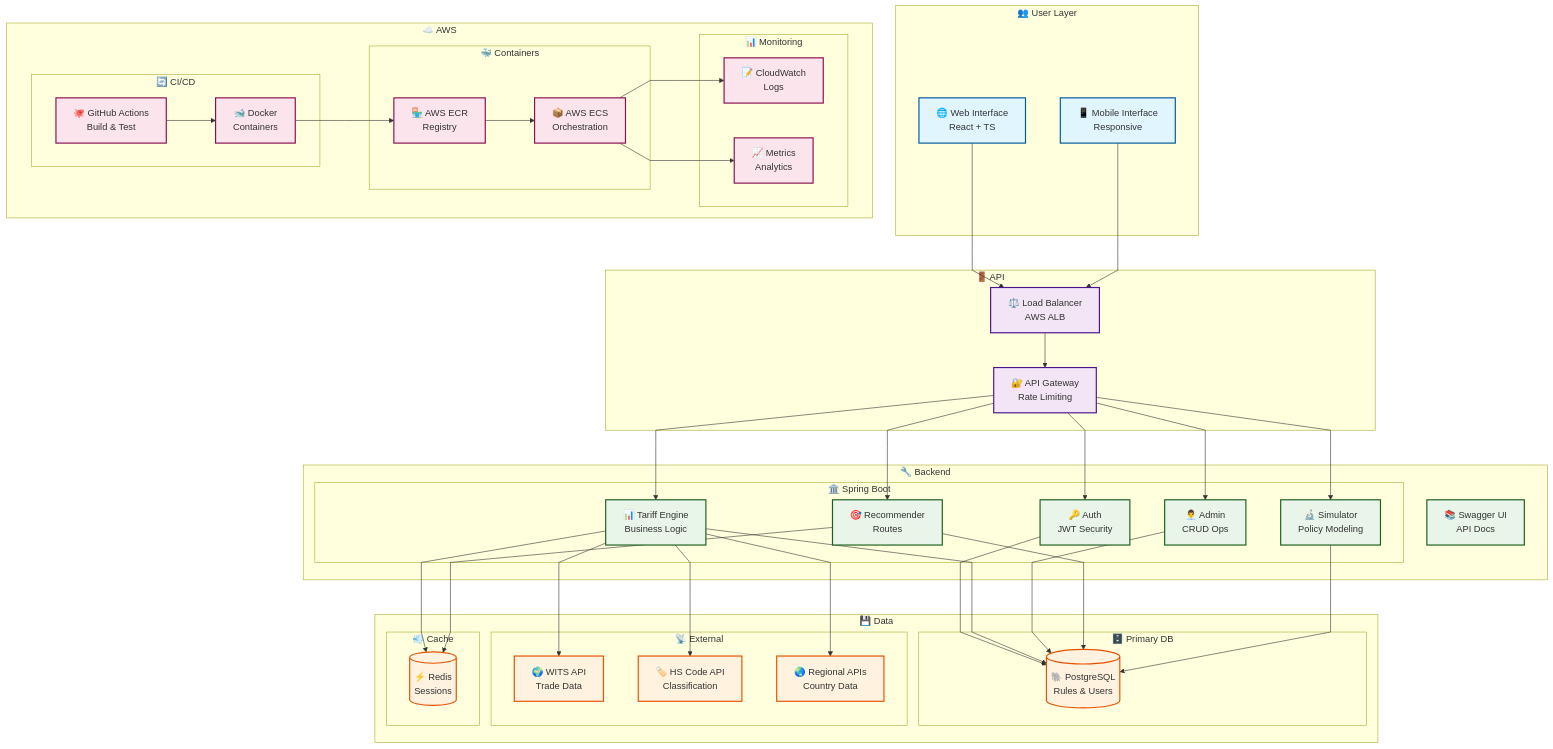
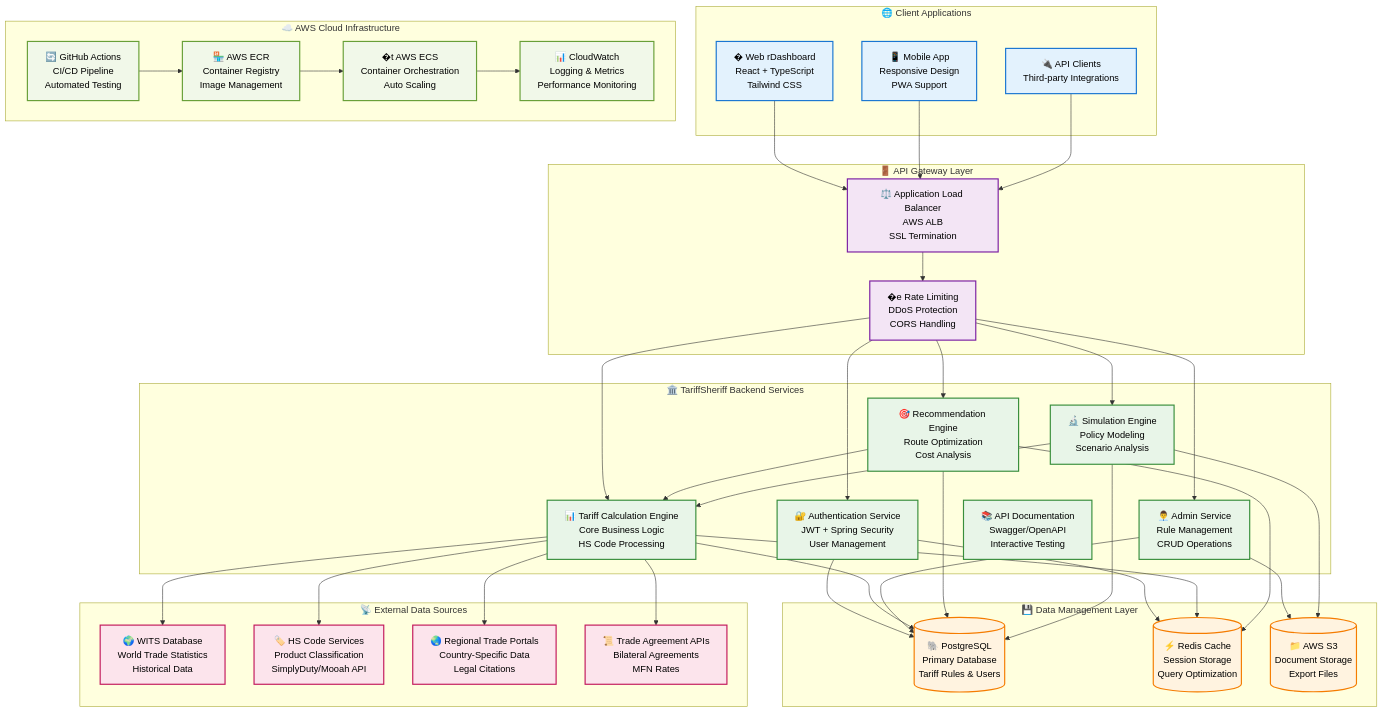
The first of 10 diagrams in README.md (SaaiAravindhRaja/TariffSheriff), drawn with Mermaid before and after one commit. The commit also changed 1 other file, not shown here.

Commit message:
edit System Architecture

````diff
--- a/README.md
+++ b/README.md
@@ -18,101 +18,113 @@
 ```mermaid
-%%{init: {'flowchart': {'nodeSpacing': 60, 'rankSpacing': 60, 'curve': 'linear'}}}%%
 graph TB
-    %% User Layer
-    subgraph "👥 User Layer"
-    WEB[🌐 Web Interface\nReact + TS]
-    MOB[📱 Mobile Interface\nResponsive]
+    %% Client Layer
+    subgraph CLIENT["🌐 Client Applications"]
+        WEB["� Web rDashboard<br/>React + TypeScript<br/>Tailwind CSS"]
+        MOBILE["📱 Mobile App<br/>Responsive Design<br/>PWA Support"]
+        API_CLIENT["🔌 API Clients<br/>Third-party Integrations"]
     end
 
-    %% API Gateway & Load Balancer
-    subgraph "🚪 API"
-        LB[⚖️ Load Balancer\nAWS ALB]
-        GATE[🔐 API Gateway\nRate Limiting]
+    %% Load Balancer & Gateway
+    subgraph GATEWAY["🚪 API Gateway Layer"]
+        ALB["⚖️ Application Load Balancer<br/>AWS ALB<br/>SSL Termination"]
+        RATE_LIMIT["�️e Rate Limiting<br/>DDoS Protection<br/>CORS Handling"]
     end
 
-    %% Backend Services
-    subgraph "🔧 Backend"
-        subgraph "🏛️ Spring Boot"
-            AUTH[🔑 Auth\nJWT Security]
-            TARIFF[📊 Tariff Engine\nBusiness Logic]
-            ADMIN[👨‍💼 Admin\nCRUD Ops]
-            REC[🎯 Recommender\nRoutes]
-            SIM[🔬 Simulator\nPolicy Modeling]
-        end
-        SWAGGER[📚 Swagger UI\nAPI Docs]
+    %% Core Application Services
+    subgraph BACKEND["🏛️ TariffSheriff Backend Services"]
+        AUTH_SVC["🔐 Authentication Service<br/>JWT + Spring Security<br/>User Management"]
+        
+        CALC_ENGINE["📊 Tariff Calculation Engine<br/>Core Business Logic<br/>HS Code Processing"]
+        
+        ADMIN_SVC["👨‍💼 Admin Service<br/>Rule Management<br/>CRUD Operations"]
+        
+        REC_ENGINE["🎯 Recommendation Engine<br/>Route Optimization<br/>Cost Analysis"]
+        
+        SIM_ENGINE["🔬 Simulation Engine<br/>Policy Modeling<br/>Scenario Analysis"]
+        
+        SWAGGER_UI["📚 API Documentation<br/>Swagger/OpenAPI<br/>Interactive Testing"]
     end
 
-    %% Data Layer
-    subgraph "💾 Data"
-        subgraph "🗄️ Primary DB"
-            POSTGRES[(🐘 PostgreSQL\nRules & Users)]
-        end
-        subgraph "📡 External"
-            WITS[🌍 WITS API\nTrade Data]
-            HS[🏷️ HS Code API\nClassification]
-            REGIONAL[🌏 Regional APIs\nCountry Data]
-        end
-        subgraph "💨 Cache"
-            REDIS[(⚡ Redis\nSessions)]
-        end
+    %% Data Storage Layer
+    subgraph DATA_LAYER["💾 Data Management Layer"]
+        PRIMARY_DB[("🐘 PostgreSQL<br/>Primary Database<br/>Tariff Rules & Users")]
+        
+        CACHE_LAYER[("⚡ Redis Cache<br/>Session Storage<br/>Query Optimization")]
+        
+        FILE_STORAGE[("📁 AWS S3<br/>Document Storage<br/>Export Files")]
     end
 
-    %% Infrastructure & Deployment
-    subgraph "☁️ AWS"
-        subgraph "🐳 Containers"
-            ECS[📦 AWS ECS\nOrchestration]
-            ECR[🏪 AWS ECR\nRegistry]
-        end
-        subgraph "🔄 CI/CD"
-            GITHUB[🐙 GitHub Actions\nBuild & Test]
-            DOCKER[🐋 Docker\nContainers]
-        end
-        subgraph "📊 Monitoring"
-            LOGS[📝 CloudWatch\nLogs]
-            METRICS[📈 Metrics\nAnalytics]
-        end
+    %% External Data Sources
+    subgraph EXTERNAL["📡 External Data Sources"]
+        WITS_API["🌍 WITS Database<br/>World Trade Statistics<br/>Historical Data"]
+        
+        HS_CODE_API["🏷️ HS Code Services<br/>Product Classification<br/>SimplyDuty/Mooah API"]
+        
+        REGIONAL_API["🌏 Regional Trade Portals<br/>Country-Specific Data<br/>Legal Citations"]
+        
+        TRADE_AGREEMENTS["📜 Trade Agreement APIs<br/>Bilateral Agreements<br/>MFN Rates"]
     end
 
-    %% Connections
-    WEB --> LB
-    MOB --> LB
-    LB --> GATE
-    GATE --> AUTH
-    GATE --> TARIFF
-    GATE --> ADMIN
-    GATE --> REC
-    GATE --> SIM
+    %% Infrastructure & DevOps
+    subgraph INFRA["☁️ AWS Cloud Infrastructure"]
+        CONTAINER_REGISTRY["🏪 AWS ECR<br/>Container Registry<br/>Image Management"]
+        
+        ORCHESTRATION["�t AWS ECS<br/>Container Orchestration<br/>Auto Scaling"]
+        
+        MONITORING["📊 CloudWatch<br/>Logging & Metrics<br/>Performance Monitoring"]
+        
+        CICD["🔄 GitHub Actions<br/>CI/CD Pipeline<br/>Automated Testing"]
+    end
+
+    %% Data Flow Connections
+    WEB --> ALB
+    MOBILE --> ALB
+    API_CLIENT --> ALB
     
-    AUTH --> POSTGRES
-    TARIFF --> POSTGRES
-    ADMIN --> POSTGRES
-    REC --> POSTGRES
-    SIM --> POSTGRES
+    ALB --> RATE_LIMIT
+    RATE_LIMIT --> AUTH_SVC
+    RATE_LIMIT --> CALC_ENGINE
+    RATE_LIMIT --> ADMIN_SVC
+    RATE_LIMIT --> REC_ENGINE
+    RATE_LIMIT --> SIM_ENGINE
     
-    TARIFF --> REDIS
-    REC --> REDIS
+    AUTH_SVC --> PRIMARY_DB
+    AUTH_SVC --> CACHE_LAYER
     
-    TARIFF --> WITS
-    TARIFF --> HS
-    TARIFF --> REGIONAL
+    CALC_ENGINE --> PRIMARY_DB
+    CALC_ENGINE --> CACHE_LAYER
+    CALC_ENGINE --> WITS_API
+    CALC_ENGINE --> HS_CODE_API
+    CALC_ENGINE --> REGIONAL_API
+    CALC_ENGINE --> TRADE_AGREEMENTS
     
-    GITHUB --> DOCKER
-    DOCKER --> ECR
-    ECR --> ECS
+    ADMIN_SVC --> PRIMARY_DB
+    ADMIN_SVC --> FILE_STORAGE
     
-    ECS --> LOGS
-    ECS --> METRICS
+    REC_ENGINE --> PRIMARY_DB
+    REC_ENGINE --> CACHE_LAYER
+    REC_ENGINE --> CALC_ENGINE
+    
+    SIM_ENGINE --> PRIMARY_DB
+    SIM_ENGINE --> CALC_ENGINE
+    SIM_ENGINE --> FILE_STORAGE
+    
+    CICD --> CONTAINER_REGISTRY
+    CONTAINER_REGISTRY --> ORCHESTRATION
+    ORCHESTRATION --> MONITORING
     
     %% Styling
-    classDef userLayer fill:#e1f5fe,stroke:#01579b,stroke-width:2px
-    classDef apiLayer fill:#f3e5f5,stroke:#4a148c,stroke-width:2px
-    classDef backendLayer fill:#e8f5e8,stroke:#1b5e20,stroke-width:2px
-    classDef dataLayer fill:#fff3e0,stroke:#e65100,stroke-width:2px
-    classDef infraLayer fill:#fce4ec,stroke:#880e4f,stroke-width:2px
+    classDef clientStyle fill:#e3f2fd,stroke:#1976d2,stroke-width:2px,color:#000
+    classDef gatewayStyle fill:#f3e5f5,stroke:#7b1fa2,stroke-width:2px,color:#000
+    classDef backendStyle fill:#e8f5e8,stroke:#388e3c,stroke-width:2px,color:#000
+    classDef dataStyle fill:#fff3e0,stroke:#f57c00,stroke-width:2px,color:#000
+    classDef externalStyle fill:#fce4ec,stroke:#c2185b,stroke-width:2px,color:#000
+    classDef infraStyle fill:#f1f8e9,stroke:#689f38,stroke-width:2px,color:#000
     
-    class WEB,MOB userLayer
-    class LB,GATE apiLayer
-    class AUTH,TARIFF,ADMIN,REC,SIM,SWAGGER backendLayer
-    class POSTGRES,WITS,HS,REGIONAL,REDIS dataLayer
-    class ECS,ECR,GITHUB,DOCKER,LOGS,METRICS infraLayer
+    class WEB,MOBILE,API_CLIENT clientStyle
+    class ALB,RATE_LIMIT gatewayStyle
+    class AUTH_SVC,CALC_ENGINE,ADMIN_SVC,REC_ENGINE,SIM_ENGINE,SWAGGER_UI backendStyle
+    class PRIMARY_DB,CACHE_LAYER,FILE_STORAGE dataStyle
+    class WITS_API,HS_CODE_API,REGIONAL_API,TRADE_AGREEMENTS externalStyle
+    class CONTAINER_REGISTRY,ORCHESTRATION,MONITORING,CICD infraStyle
 ```
````
